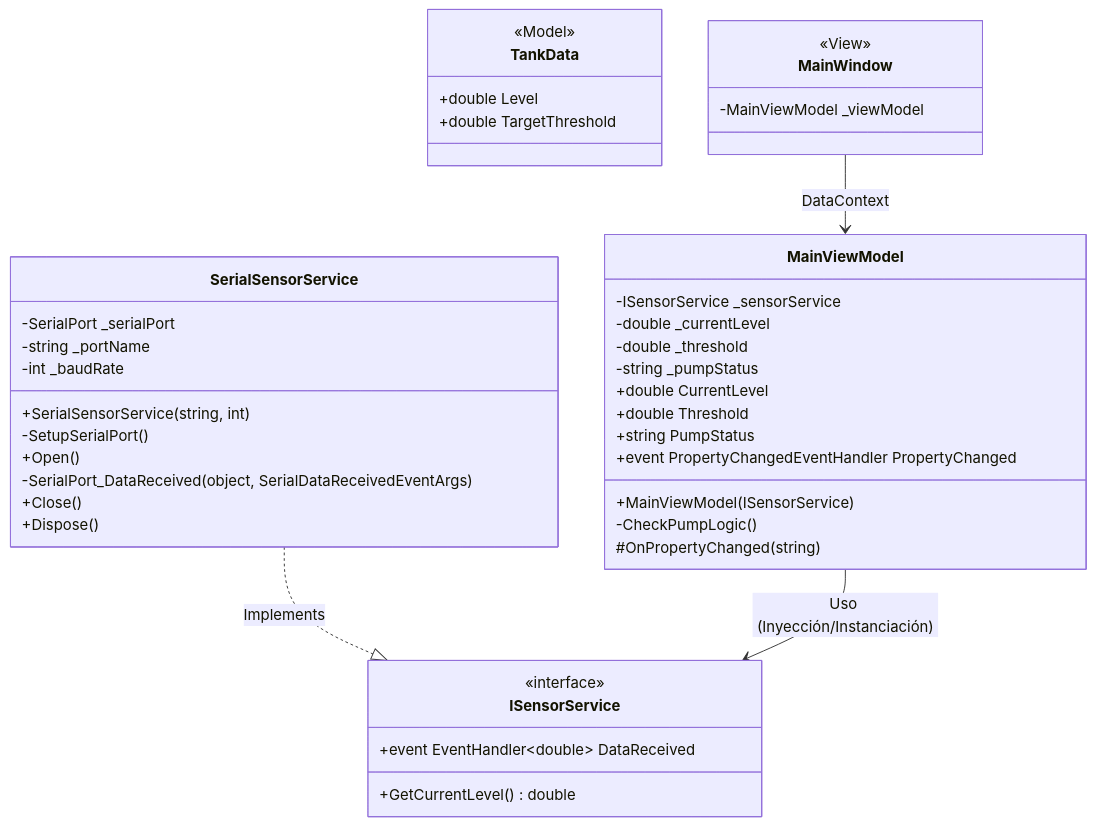
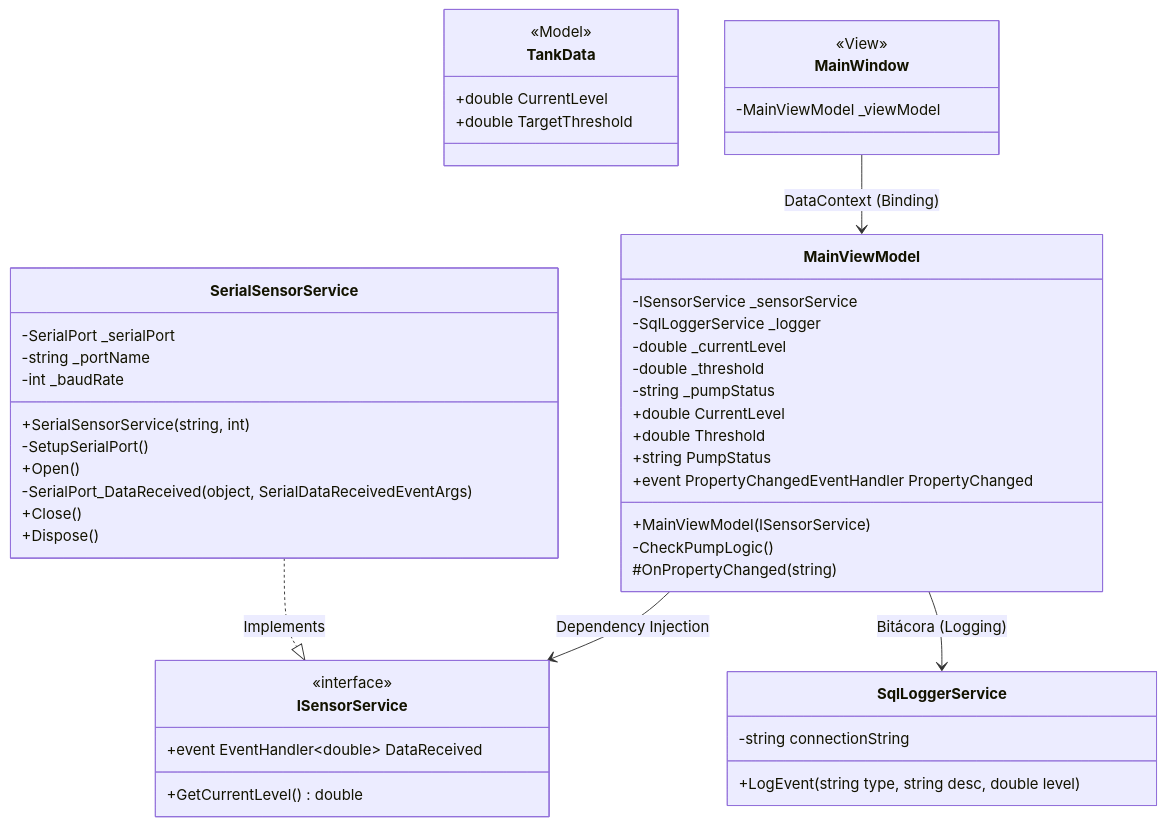
The diagram in docs/class-diagram.mmd (RobertoLorenzoAguilar/pump-level-control-wpf), drawn with Mermaid before and after one commit. The commit also changed 7 other files, not shown here.

Commit message:
feat: implement MVVM architecture with SQL logging and serial sensor integration for pump control

```diff
--- a/docs/class-diagram.mmd
+++ b/docs/class-diagram.mmd
@@ -1,47 +1,54 @@
 classDiagram
     class ISensorService {
         <<interface>>
         +event EventHandler~double~ DataReceived
         +GetCurrentLevel() double
     }
 
     class SerialSensorService {
         -SerialPort _serialPort
         -string _portName
         -int _baudRate
         +SerialSensorService(string, int)
         -SetupSerialPort()
         +Open()
         -SerialPort_DataReceived(object, SerialDataReceivedEventArgs)
         +Close()
         +Dispose()
     }
 
+    class SqlLoggerService {
+        -string connectionString
+        +LogEvent(string type, string desc, double level)
+    }
+
     class MainViewModel {
         -ISensorService _sensorService
+        -SqlLoggerService _logger
         -double _currentLevel
         -double _threshold
         -string _pumpStatus
         +double CurrentLevel
         +double Threshold
         +string PumpStatus
         +MainViewModel(ISensorService)
         -CheckPumpLogic()
         +event PropertyChangedEventHandler PropertyChanged
         #OnPropertyChanged(string)
     }
 
     class TankData {
         <<Model>>
-        +double Level
+        +double CurrentLevel
         +double TargetThreshold
     }
 
     class MainWindow {
         <<View>>
         -MainViewModel _viewModel
     }
 
     SerialSensorService ..|> ISensorService : Implements
-    MainViewModel --> ISensorService : Uso (Inyección/Instanciación)
-    MainWindow --> MainViewModel : DataContext
+    MainViewModel --> ISensorService : Dependency Injection
+    MainViewModel --> SqlLoggerService : Bitácora (Logging)
+    MainWindow --> MainViewModel : DataContext (Binding)
```
